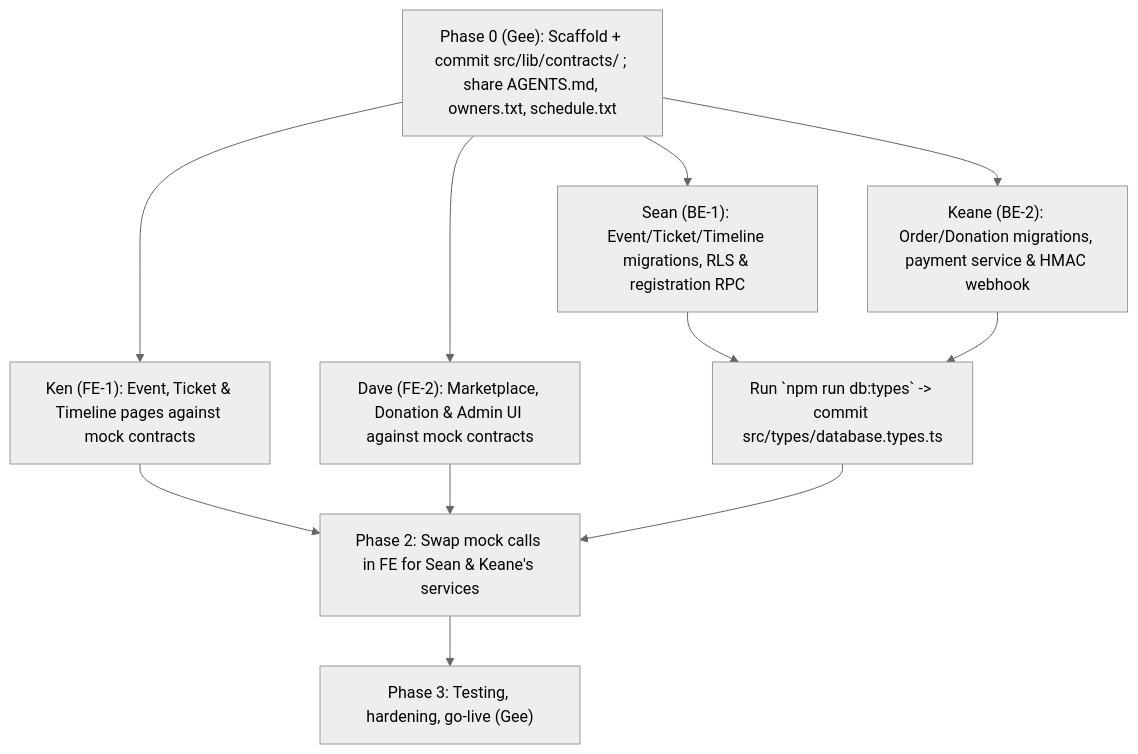
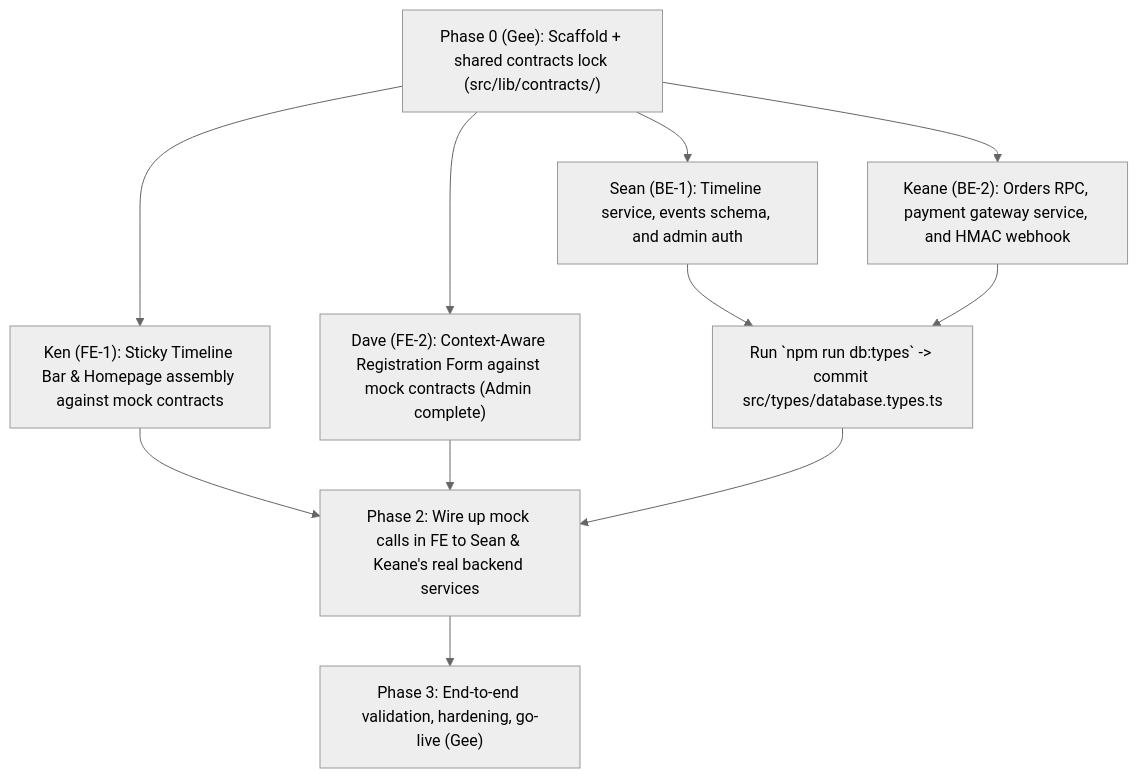
The diagram in docs/TEAM_WORKFLOW.md (Gee123a/ycr-website), drawn with Mermaid (neutral theme) before and after one commit. The commit also changed other lines of this file and 11 other files, not shown here.

First line of the commit message:
docs: revise all architecture and plan docs for simplified single-page homepage

````diff
--- a/docs/TEAM_WORKFLOW.md
+++ b/docs/TEAM_WORKFLOW.md
@@ -23,14 +21,14 @@
 ```mermaid
 flowchart TD
-    S0["Phase 0 (Gee): Scaffold + commit src/lib/contracts/ ; share AGENTS.md, owners.txt, schedule.txt"]
-    S0 --> FE1["Ken (FE-1): Event, Ticket & Timeline pages against mock contracts"]
-    S0 --> FE2["Dave (FE-2): Marketplace, Donation & Admin UI against mock contracts"]
-    S0 --> BE1["Sean (BE-1): Event/Ticket/Timeline migrations, RLS & registration RPC"]
-    S0 --> BE2["Keane (BE-2): Order/Donation migrations, payment service & HMAC webhook"]
+    S0["Phase 0 (Gee): Scaffold + shared contracts lock (src/lib/contracts/)"]
+    S0 --> FE1["Ken (FE-1): Sticky Timeline Bar & Homepage assembly against mock contracts"]
+    S0 --> FE2["Dave (FE-2): Context-Aware Registration Form against mock contracts (Admin complete)"]
+    S0 --> BE1["Sean (BE-1): Timeline service, events schema, and admin auth"]
+    S0 --> BE2["Keane (BE-2): Orders RPC, payment gateway service, and HMAC webhook"]
     BE1 --> GEN["Run `npm run db:types` -> commit src/types/database.types.ts"]
     BE2 --> GEN
-    FE1 --> INT["Phase 2: Swap mock calls in FE for Sean & Keane's services"]
+    FE1 --> INT["Phase 2: Wire up mock calls in FE to Sean & Keane's real backend services"]
     FE2 --> INT
     GEN --> INT
-    INT --> QA["Phase 3: Testing, hardening, go-live (Gee)"]
+    INT --> QA["Phase 3: End-to-end validation, hardening, go-live (Gee)"]
 ```
````
